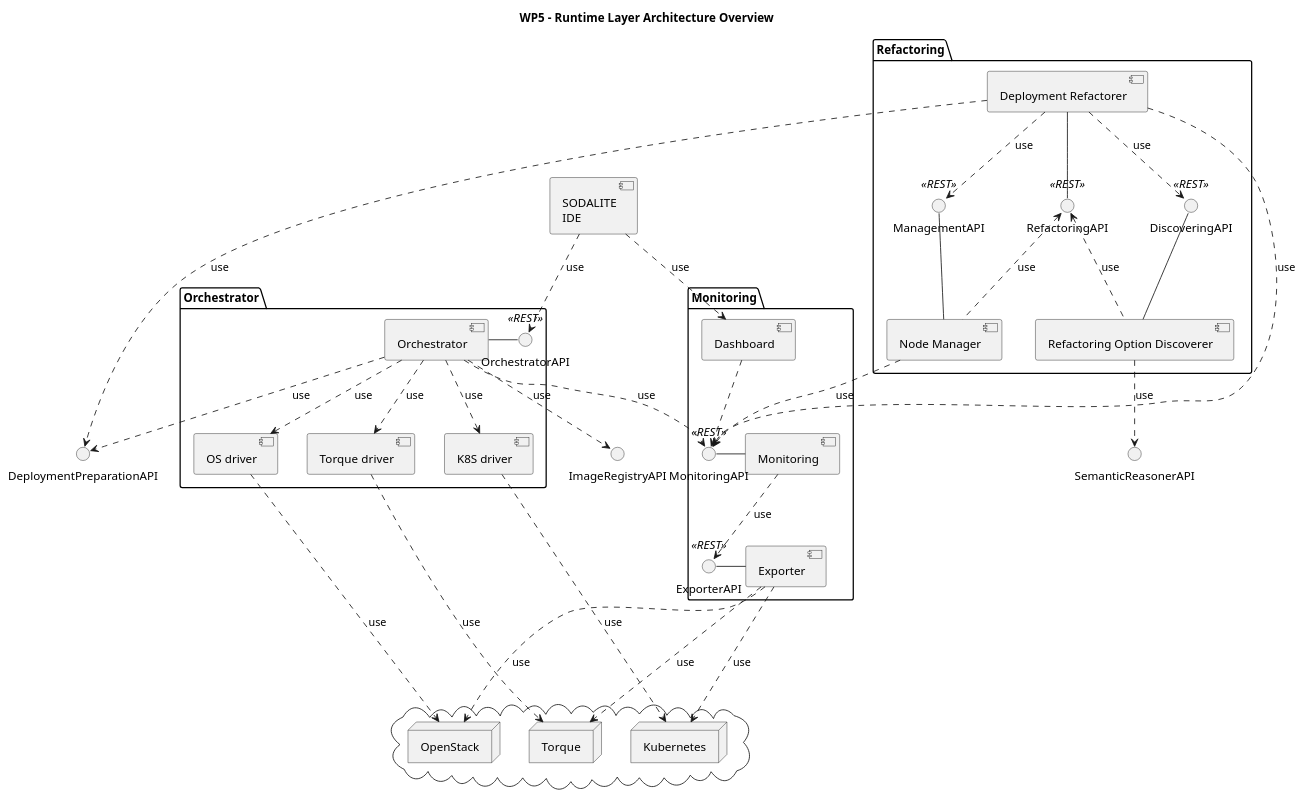
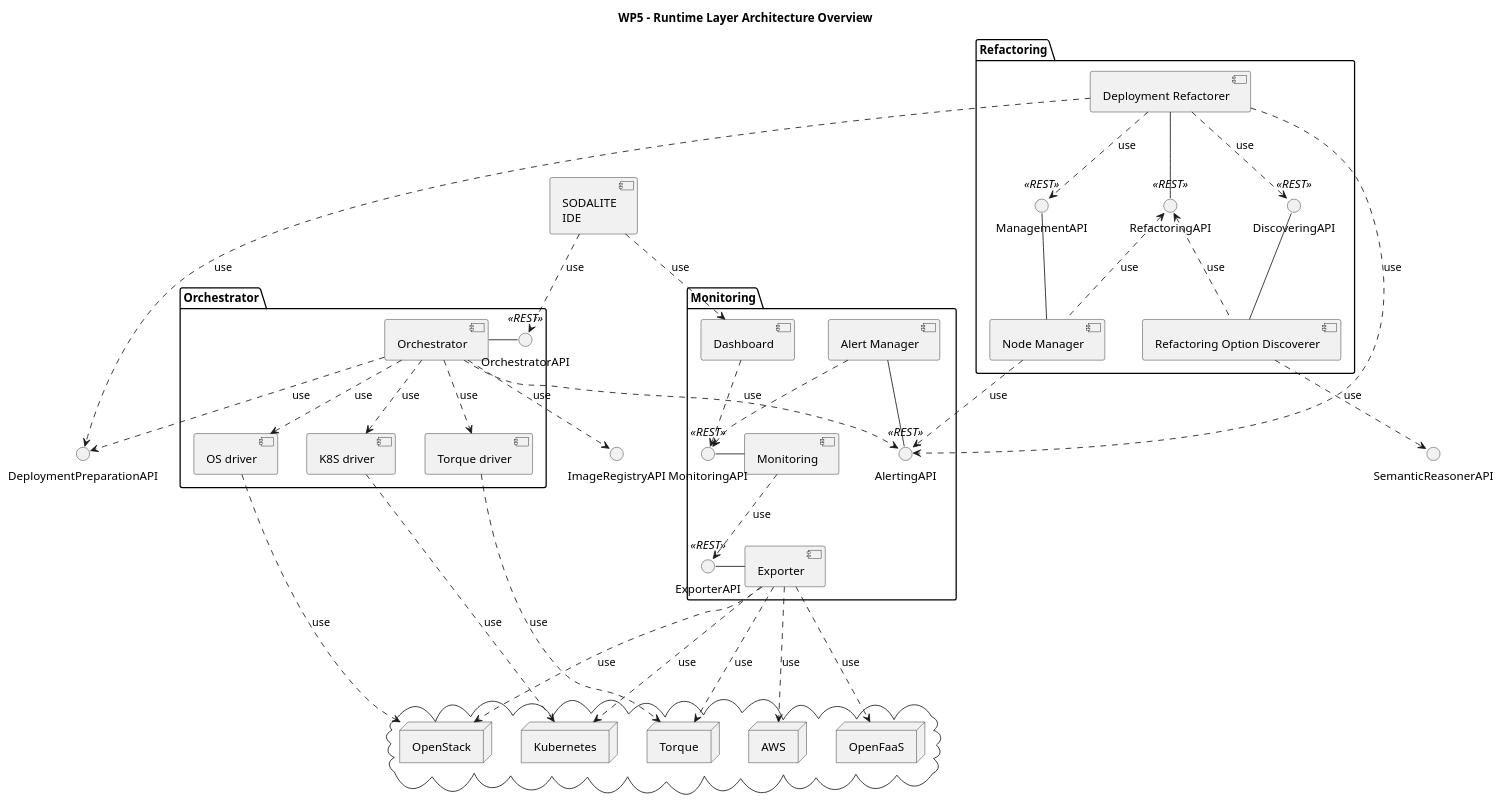
One commit to SODALITE-EU/project-wide-documentation changed the diagram in uml/component-diagrams/CD-WP5-ArchitectureOverview.puml. Above: the diagram before and after it, drawn with PlantUML. The commit also changed 1 other file, not shown here.

Commit message:
Fixes in WP5 architecture

```diff
--- a/uml/component-diagrams/CD-WP5-ArchitectureOverview.puml
+++ b/uml/component-diagrams/CD-WP5-ArchitectureOverview.puml
@@ -1,83 +1,91 @@
 @startuml
 
 title WP5 - Runtime Layer Architecture Overview
 
 interface "SemanticReasonerAPI" as sem
 
 package "Orchestrator" as orch {
     component [Orchestrator] as orch_impl
     interface "OrchestratorAPI" <<REST>> as orch_if
     component [OS driver] as os_driver
     component [K8S driver] as k8s_driver
     component [Torque driver] as torque_driver
 }
 
 package "Monitoring" as mon {
     [Monitoring] as mon_impl
     () "MonitoringAPI" <<REST>> as mon_if
     [Dashboard] as dash
     [Exporter] as exp
     () "ExporterAPI" <<REST>> as exp_if
+    [Alert Manager] as alert_mngr
+    () "AlertingAPI" <<REST>> as alert_if
 }
 
 package "Refactoring" as refactor {
     interface "RefactoringAPI" <<REST>> as ref_if
     interface "DiscoveringAPI" <<REST>> as dis_if
     interface "ManagementAPI" <<REST>> as mng_if
     component [Deployment Refactorer] as ref_depl
     component [Refactoring Option Discoverer] as ref_opt
     component [Node Manager] as ref_node
 }
 
 cloud {
     node OpenStack
     node Kubernetes as K8S
     node Torque
+    node OpenFaaS
+    node AWS
 }
 
 () "DeploymentPreparationAPI" as depl_prep
 () "ImageRegistryAPI" as image_reg
 
 [SODALITE\nIDE] as ide
 
 orch_impl - orch_if
 
 mon_impl -l- mon_if
 exp -l- exp_if
 mon_impl ..> exp_if : use
 dash ..> mon_if
+alert_mngr -d- alert_if
+alert_mngr ..> mon_if
 
 ref_if -u- ref_depl
 ref_if <.. ref_opt : use
 ref_if <.. ref_node : use
 dis_if -d- ref_opt
 mng_if -d- ref_node
 
 ref_opt ..> sem : use
 
 ref_depl ..> mng_if : use
 ref_depl ..> dis_if : use
 ref_depl ..> depl_prep : use
 
-ref_node ..> mon_if : use
-ref_depl ..> mon_if : use
-orch_impl ..> mon_if : use
+ref_node ..> alert_if : use
+ref_depl ..> alert_if : use
+orch_impl ..> alert_if : use
 
 torque_driver ..> Torque : use
 
 orch_impl ..> os_driver : use
 orch_impl ..> k8s_driver : use
 orch_impl ..> torque_driver : use
 orch_impl ..> depl_prep: use
 orch_impl ..> image_reg: use
 
 os_driver ..> OpenStack : use
 k8s_driver ..> K8S : use
 
 exp ...> OpenStack : use
 exp ...> K8S : use
 exp ...> Torque : use
+exp ...> OpenFaaS : use
+exp ...> AWS : use
 
 ide ..> orch_if : use
 ide ..> dash : use
 @enduml
```
